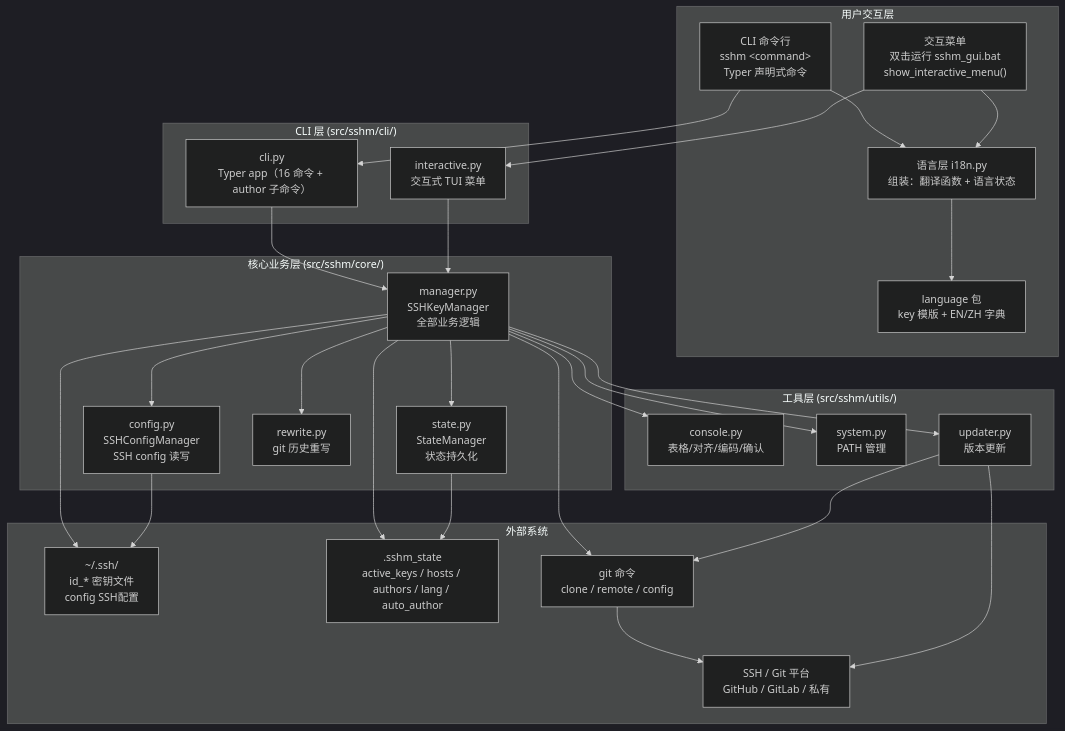
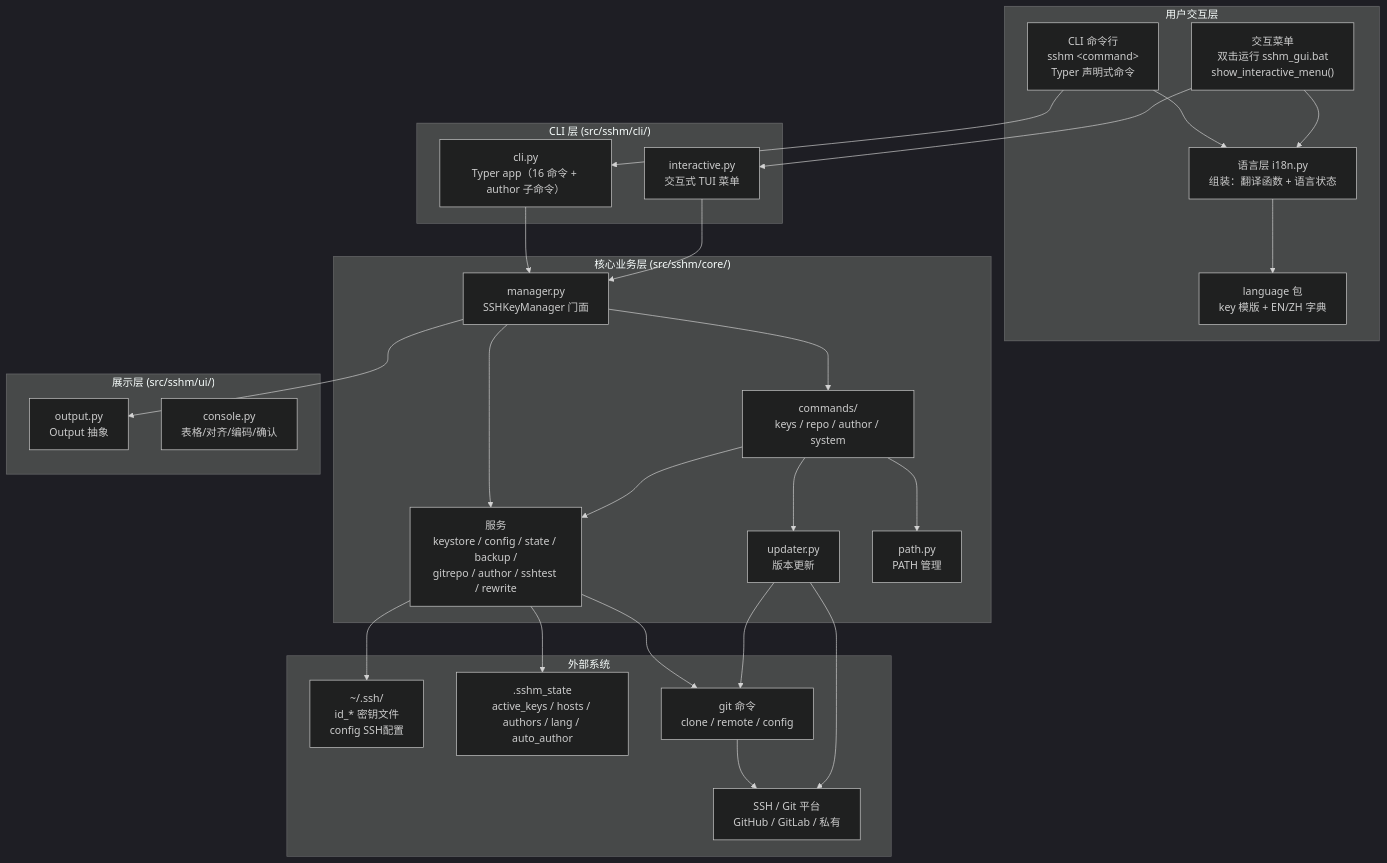
The diagram in docs/architecture.mmd (365tools/SSHKeyManager), drawn with Mermaid (dark theme) before and after one commit. The commit also changed 35 other files, not shown here.

```diff
--- a/docs/architecture.mmd
+++ b/docs/architecture.mmd
@@ -1,68 +1,64 @@
 %% sshm 架构图
 %% 多账号 Git SSH 密钥管理工具
 flowchart TB
 
     subgraph User["用户交互层"]
         CLI["CLI 命令行<br/>sshm &lt;command&gt;<br/>Typer 声明式命令"]
         GUI["交互菜单<br/>双击运行 sshm_gui.bat<br/>show_interactive_menu()"]
         LANG["语言层 i18n.py<br/>组装：翻译函数 + 语言状态"]
         LANG_PKG["language 包<br/>key 模版 + EN/ZH 字典"]
     end
 
     subgraph Cli["CLI 层 (src/sshm/cli/)"]
         CLIAPP["cli.py<br/>Typer app（16 命令 + author 子命令）"]
         Interactive["interactive.py<br/>交互式 TUI 菜单"]
     end
 
     subgraph Core["核心业务层 (src/sshm/core/)"]
-        Manager["manager.py<br/>SSHKeyManager<br/>全部业务逻辑"]
-        Config["config.py<br/>SSHConfigManager<br/>SSH config 读写"]
-        State["state.py<br/>StateManager<br/>状态持久化"]
-        Rewrite["rewrite.py<br/>git 历史重写"]
+        Manager["manager.py<br/>SSHKeyManager 门面"]
+        Commands["commands/<br/>keys / repo / author / system"]
+        Services["服务<br/>keystore / config / state / backup /<br/>gitrepo / author / sshtest / rewrite"]
+        Updater["updater.py<br/>版本更新"]
+        Path["path.py<br/>PATH 管理"]
     end
 
-    subgraph Utils["工具层 (src/sshm/utils/)"]
+    subgraph UI["展示层 (src/sshm/ui/)"]
+        Output["output.py<br/>Output 抽象"]
         Console["console.py<br/>表格/对齐/编码/确认"]
-        System["system.py<br/>PATH 管理"]
-        Updater["updater.py<br/>版本更新"]
     end
 
     subgraph External["外部系统"]
         SSH_DIR["~/.ssh/<br/>id_* 密钥文件<br/>config SSH配置"]
         STATE_FILE[".sshm_state<br/>active_keys / hosts / authors / lang / auto_author"]
         GIT["git 命令<br/>clone / remote / config"]
         SSHD["SSH / Git 平台<br/>GitHub / GitLab / 私有"]
     end
 
     %% 用户层到 CLI / 语言层
     CLI --> CLIAPP
     GUI --> Interactive
     CLI --> LANG
     GUI --> LANG
     LANG --> LANG_PKG
 
     %% CLI 层到核心层
     CLIAPP --> Manager
     Interactive --> Manager
 
-    %% 核心层内部
-    Manager --> Config
-    Manager --> State
-    Manager --> Rewrite
+    %% 门面到命令编排 / 服务 / 展示抽象
+    Manager --> Commands
+    Manager --> Services
+    Manager --> Output
+    Commands --> Services
+    Commands --> Updater
+    Commands --> Path
 
-    %% 核心层到工具层
-    Manager --> Console
-    Manager --> System
-    Manager --> Updater
-
-    %% 核心层到外部
-    Manager --> SSH_DIR
-    Manager --> STATE_FILE
-    Manager --> GIT
-    Config --> SSH_DIR
-    State --> STATE_FILE
+    %% 服务到数据 / 外部
+    Services --> SSH_DIR
+    Services --> STATE_FILE
+    Services --> GIT
     GIT --> SSHD
 
     %% 更新命令专用路径
     Updater --> GIT
     Updater --> SSHD
```
